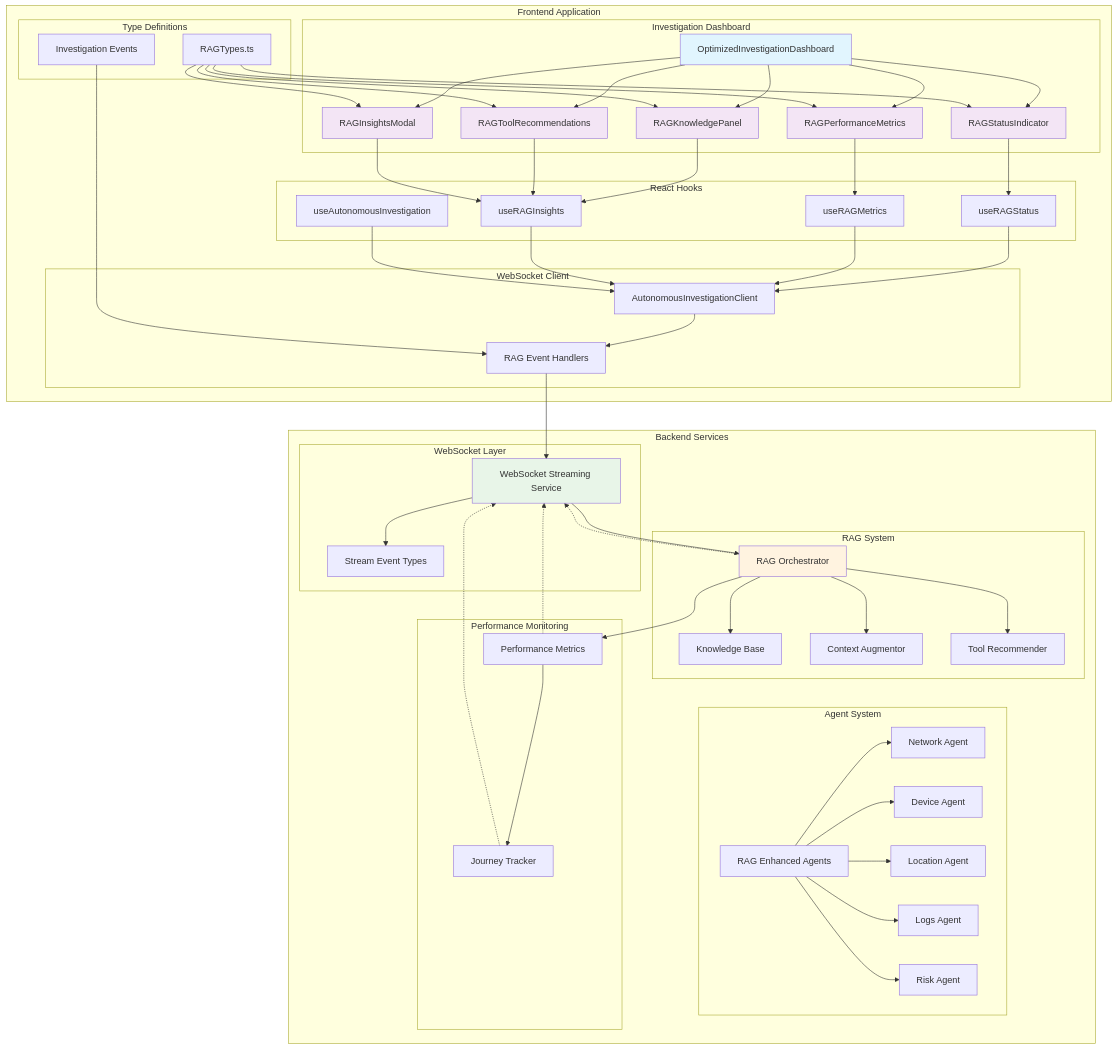
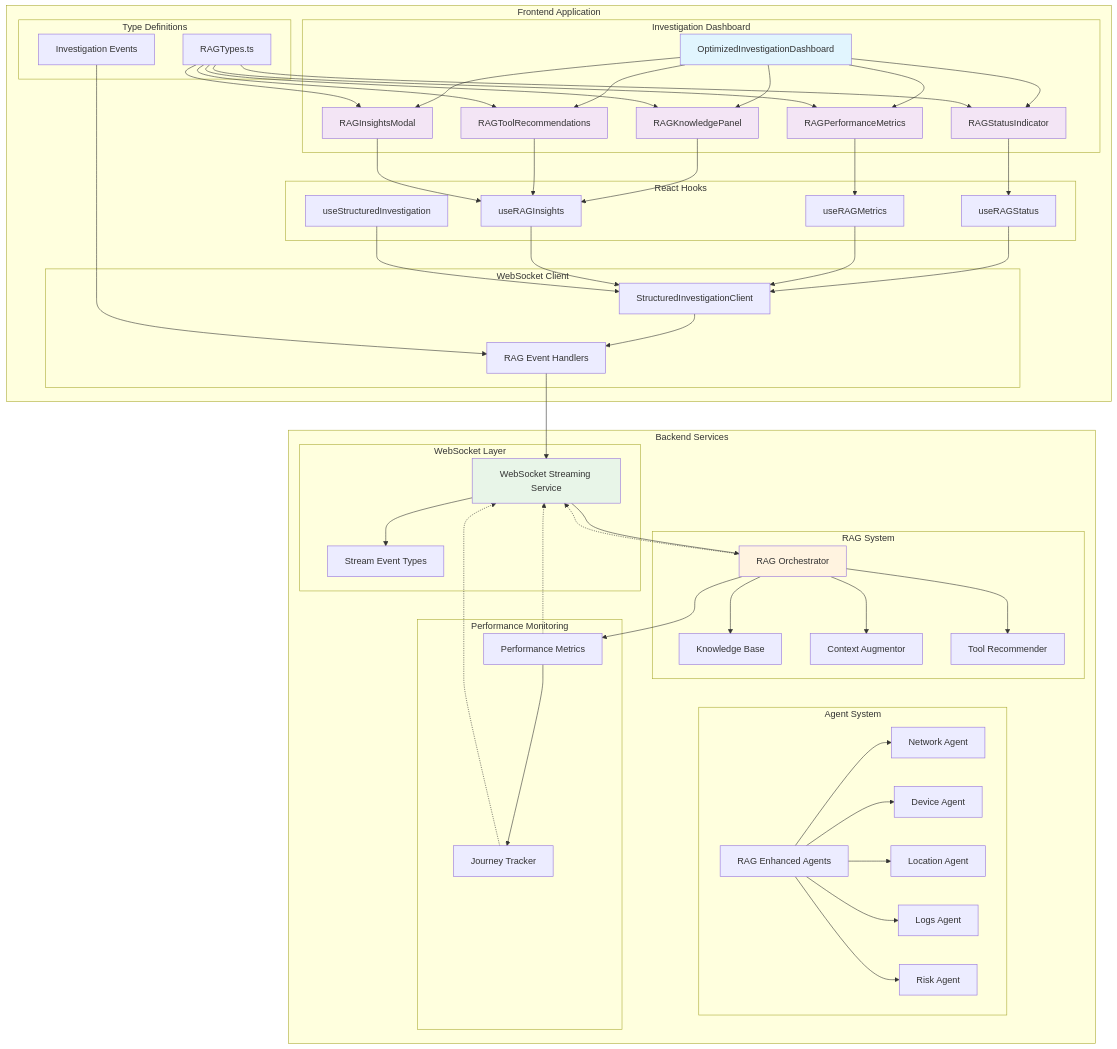
Before and after one commit to Olorin-ai-git/Bayit-Plus: the first of 8 diagrams in docs/diagrams/phase-5-rag-frontend-architecture-2025-01-04.md, drawn with Mermaid. The commit also changed 703 other files, not shown here.

```diff
--- a/docs/diagrams/phase-5-rag-frontend-architecture-2025-01-04.md
+++ b/docs/diagrams/phase-5-rag-frontend-architecture-2025-01-04.md
@@ -23,11 +23,11 @@
             URS[useRAGStatus]
             URM[useRAGMetrics]
             URI[useRAGInsights]
-            UAI[useAutonomousInvestigation]
+            UAI[useStructuredInvestigation]
         end
         
         subgraph "WebSocket Client"
-            AIC[AutonomousInvestigationClient]
+            AIC[StructuredInvestigationClient]
             REH[RAG Event Handlers]
         end
         
```
